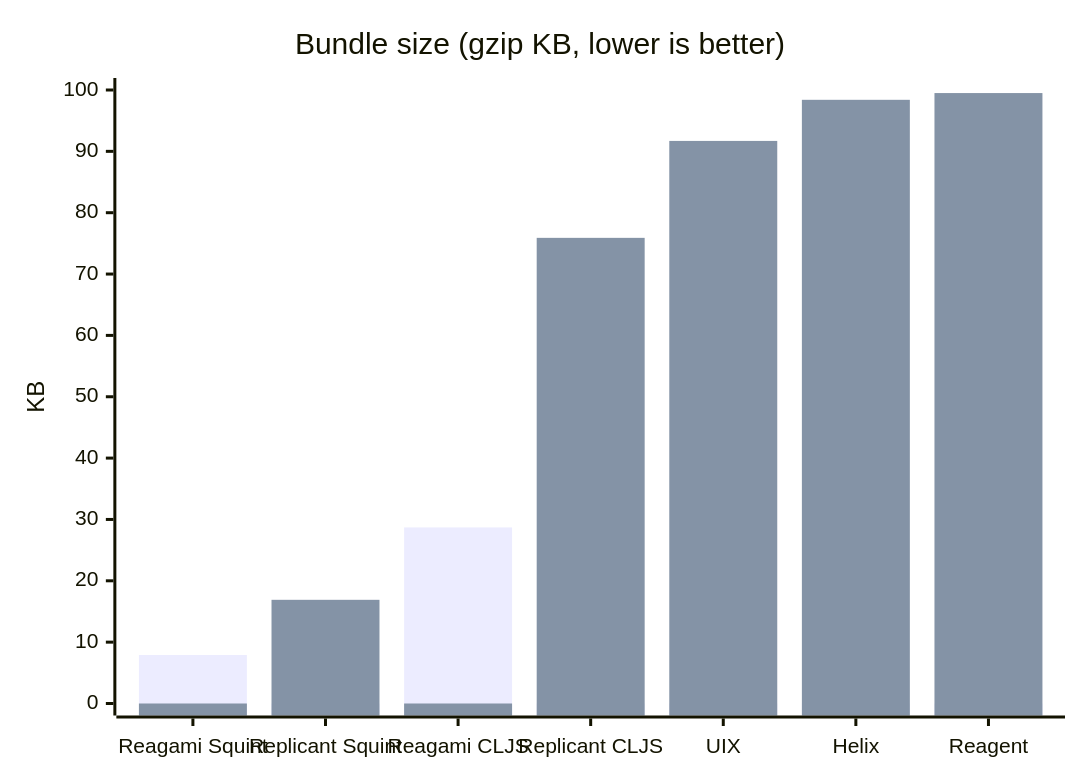
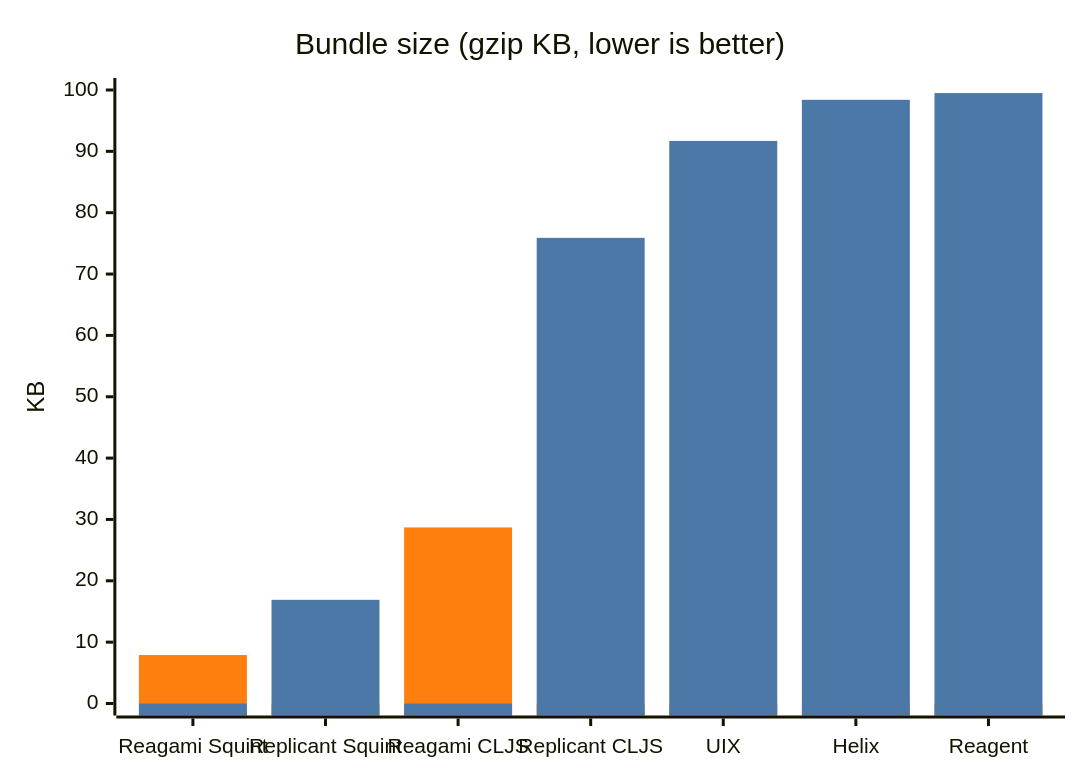
Before and after one commit to borkdude/reagami: the second of 2 diagrams in README.md, drawn with Mermaid. The commit also changed other lines of this file and 1 other file, not shown here.

Commit message:
Use themeVariables.xyChart for bar palette

````diff
--- a/README.md
+++ b/README.md
@@ -199,13 +200,14 @@
 ```mermaid
 ---
 config:
-  xyChart:
-    plotColorPalette: "#ff7f0e, #4c78a8"
+  themeVariables:
+    xyChart:
+      plotColorPalette: "#ff7f0e, #4c78a8"
 ---
 xychart-beta
     title "Bundle size (gzip KB, lower is better)"
     x-axis ["Reagami Squint", "Replicant Squint", "Reagami CLJS", "Replicant CLJS", "UIX", "Helix", "Reagent"]
     y-axis "KB" 0 --> 100
     bar [7.9, 0, 28.7, 0, 0, 0, 0]
     bar [0, 16.9, 0, 75.9, 91.7, 98.4, 99.5]
 ```
````
